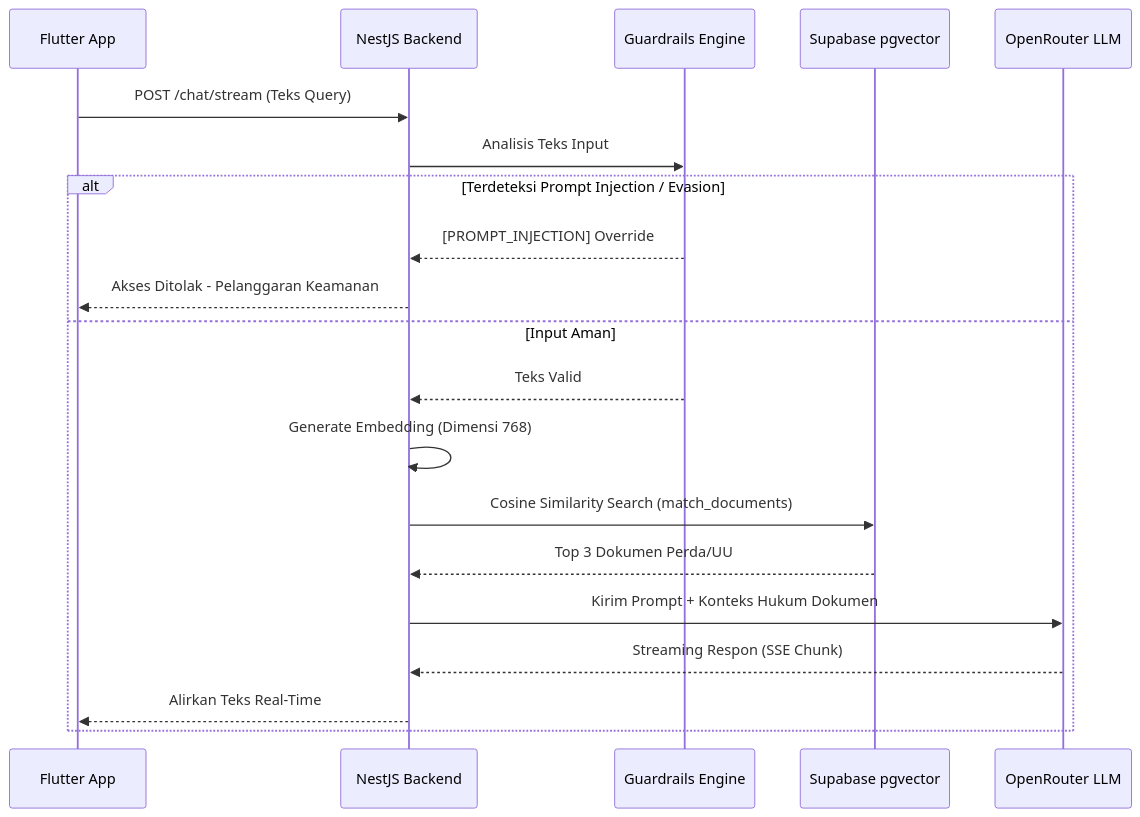
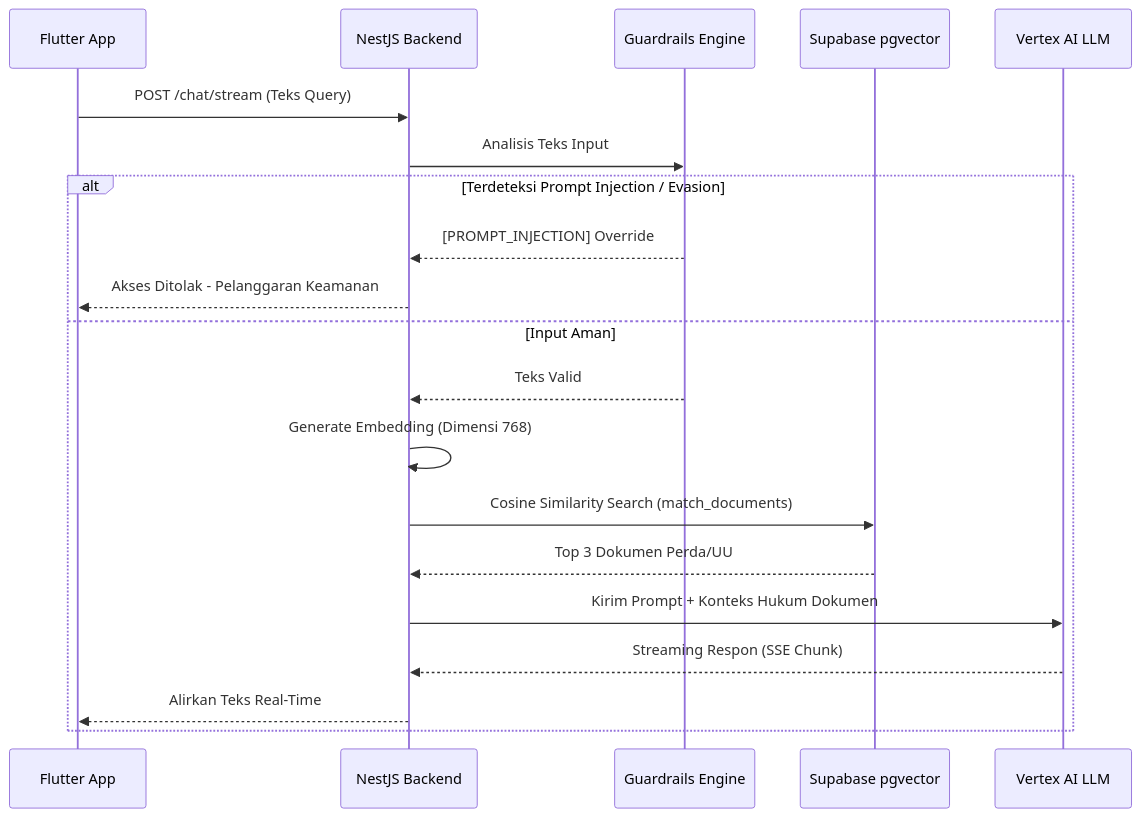
One commit to agissugandi7203-ops/EKKA-2026_MarhasAI changed the second of 2 diagrams in README.md. Above: the diagram before and after it, drawn with Mermaid. The commit also changed other lines of this file and 1 other file, not shown here.

Commit message:
docs: correct OpenRouter references to Vertex AI with Google GenAI SDK in root and backend readmes

````diff
--- a/README.md
+++ b/README.md
@@ -159,23 +159,23 @@
 ```mermaid
 sequenceDiagram
     participant Client as Flutter App
     participant BE as NestJS Backend
     participant Guard as Guardrails Engine
     participant DB as Supabase pgvector
-    participant LLM as OpenRouter LLM
+    participant LLM as Vertex AI LLM
 
     Client->>BE: POST /chat/stream (Teks Query)
     BE->>Guard: Analisis Teks Input
     alt Terdeteksi Prompt Injection / Evasion
         Guard-->>BE: [PROMPT_INJECTION] Override
         BE-->>Client: Akses Ditolak - Pelanggaran Keamanan
     else Input Aman
         Guard-->>BE: Teks Valid
         BE->>BE: Generate Embedding (Dimensi 768)
         BE->>DB: Cosine Similarity Search (match_documents)
         DB-->>BE: Top 3 Dokumen Perda/UU
         BE->>LLM: Kirim Prompt + Konteks Hukum Dokumen
         LLM-->>BE: Streaming Respon (SSE Chunk)
         BE-->>Client: Alirkan Teks Real-Time
     end
 ```
````
